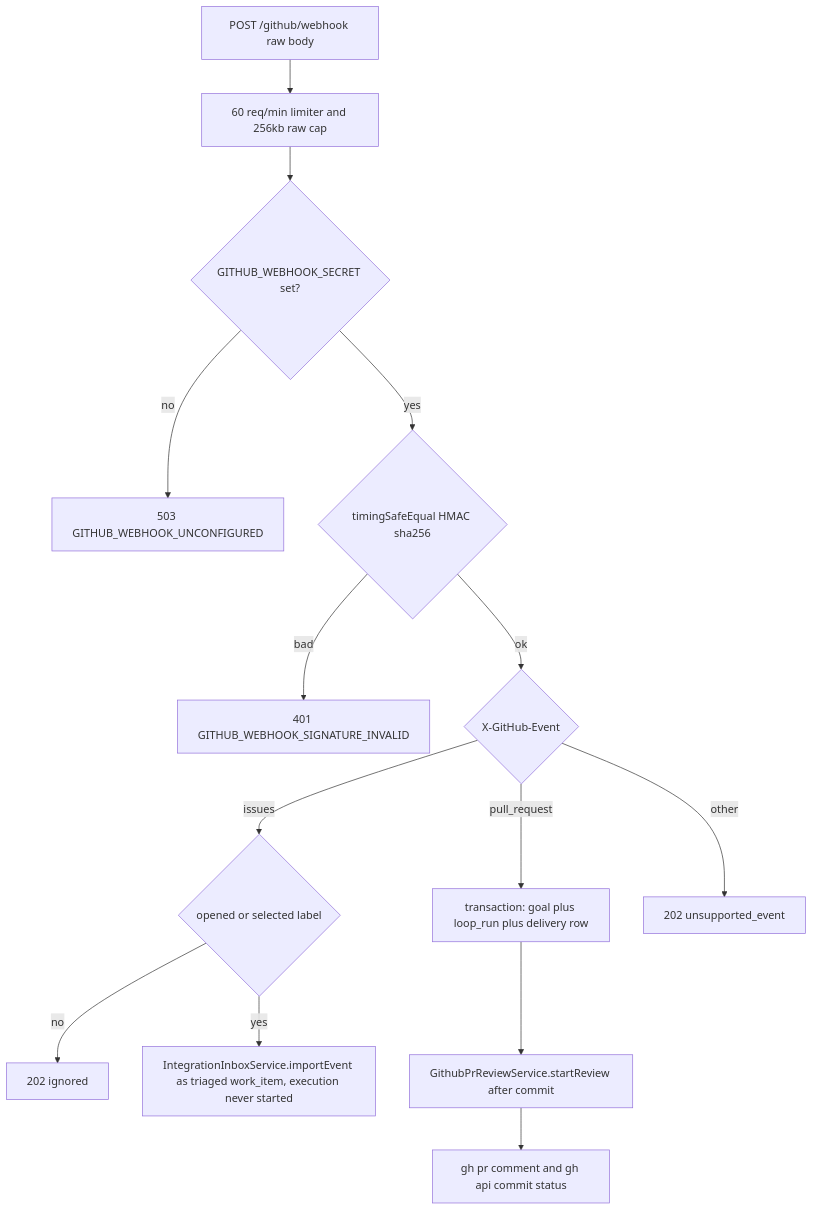
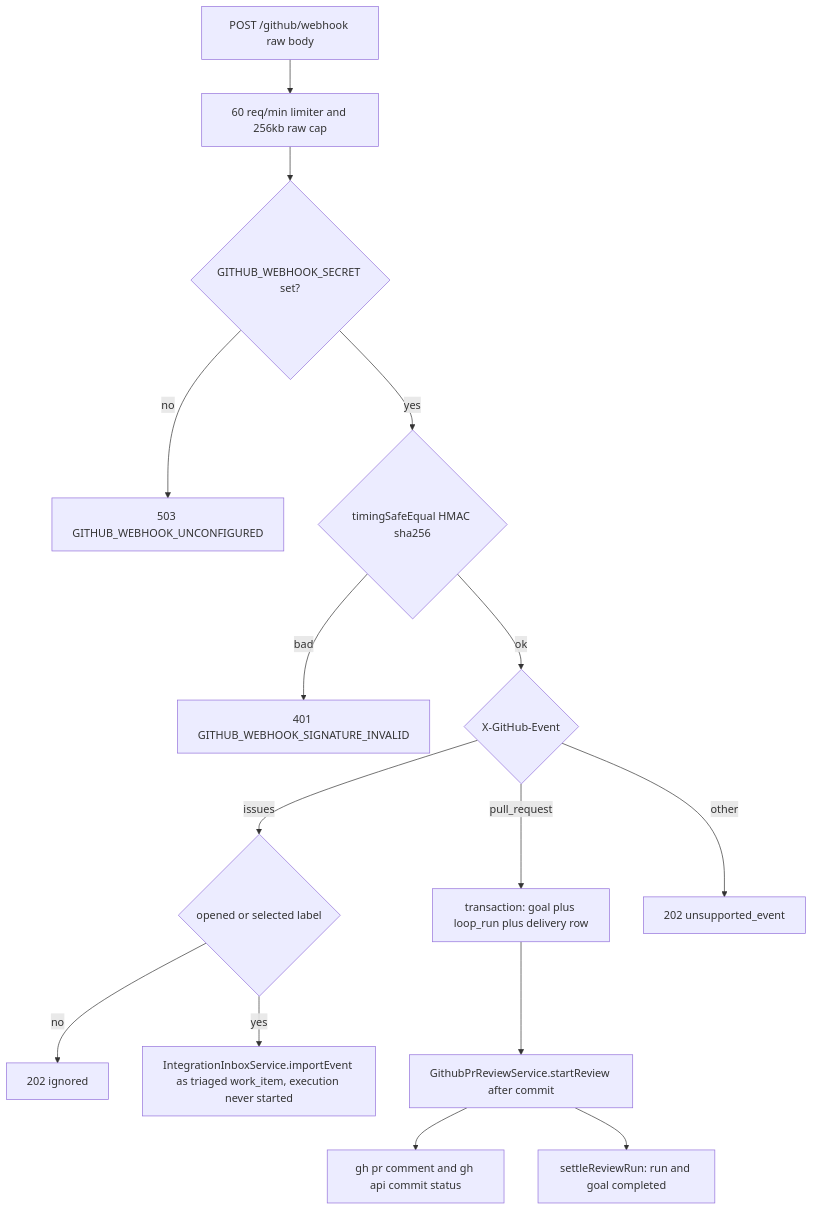
The diagram in openwiki/integrations/github-webhooks.md (djimit/djimitflo), drawn with Mermaid before and after one commit. The commit also changed other lines of this file and 42 other files, not shown here.

````diff
--- a/openwiki/integrations/github-webhooks.md
+++ b/openwiki/integrations/github-webhooks.md
@@ -148,16 +155,17 @@
 ```mermaid
 flowchart TD
     R["POST /github/webhook raw body"] --> RL["60 req/min limiter and 256kb raw cap"]
     RL --> SEC{"GITHUB_WEBHOOK_SECRET set?"}
     SEC -- no --> S503["503 GITHUB_WEBHOOK_UNCONFIGURED"]
     SEC -- yes --> SIG{"timingSafeEqual HMAC sha256"}
     SIG -- bad --> S401["401 GITHUB_WEBHOOK_SIGNATURE_INVALID"]
     SIG -- ok --> EV{"X-GitHub-Event"}
     EV -- issues --> LBL{"opened or selected label"}
     LBL -- no --> IG1["202 ignored"]
     LBL -- yes --> INBOX["IntegrationInboxService.importEvent as triaged work_item, execution never started"]
     EV -- pull_request --> TX["transaction: goal plus loop_run plus delivery row"]
     TX --> REV["GithubPrReviewService.startReview after commit"]
     REV --> GH["gh pr comment and gh api commit status"]
+    REV --> SETTLE["settleReviewRun: run and goal completed"]
     EV -- other --> IG2["202 unsupported_event"]
 ```
````
